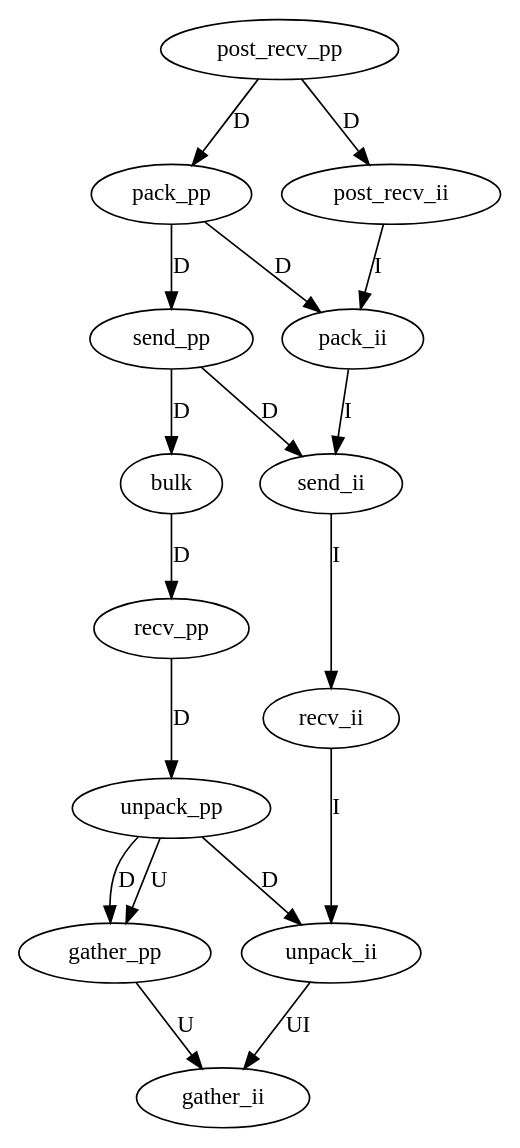
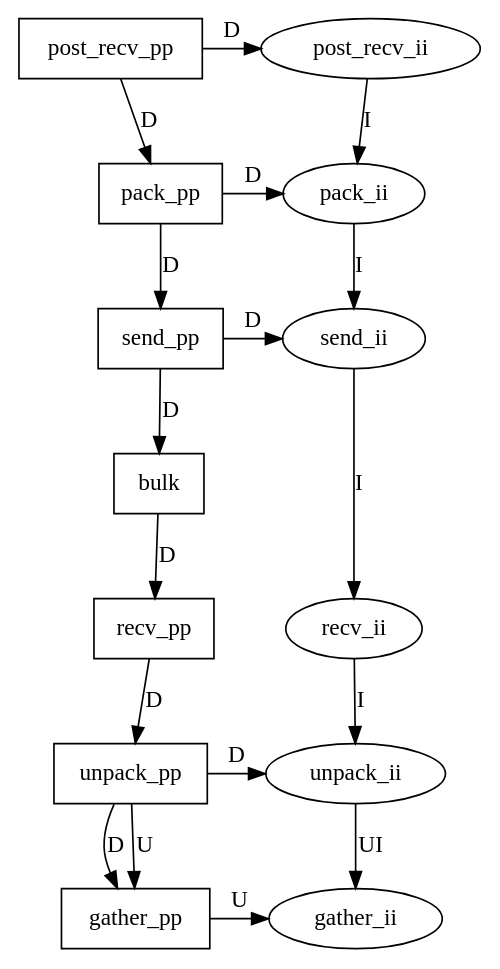
One commit to uDeviceX/uDeviceX changed the diagram in src/odstr/graphviz/deps.gv. Above: the diagram before and after it, drawn with Graphviz. The commit also changed 1 other file, not shown here.

Commit message:
update deps graph

```diff
--- a/src/odstr/graphviz/deps.gv
+++ b/src/odstr/graphviz/deps.gv
@@ -1,13 +1,23 @@
-digraph { 
-	post_recv_pp->pack_pp->send_pp->bulk->recv_pp->unpack_pp->gather_pp [label="D"];
+digraph {
+	{
+		node [shape=box] 
+		post_recv_pp->pack_pp->send_pp->bulk->recv_pp->unpack_pp->gather_pp [label="D"];
+	}
 	post_recv_pp->post_recv_ii [label="D"];
 	pack_pp->pack_ii [label="D"];
 	send_pp->send_ii [label="D"];
 	unpack_pp->unpack_ii [label="D"];
 	
 	unpack_pp->gather_pp->gather_ii[label="U"];
 
 	unpack_ii->gather_ii [label="UI"];
 	
 	post_recv_ii->pack_ii->send_ii->recv_ii->unpack_ii [label="I"];
+
+	{rank=same; post_recv_pp; post_recv_ii;}
+	{rank=same; pack_pp; pack_ii;}
+	{rank=same; send_pp; send_ii;}
+	{rank=same; recv_pp; recv_ii;}
+	{rank=same; unpack_pp; unpack_ii;}
+	{rank=same; gather_pp; gather_ii;}
 }
```
